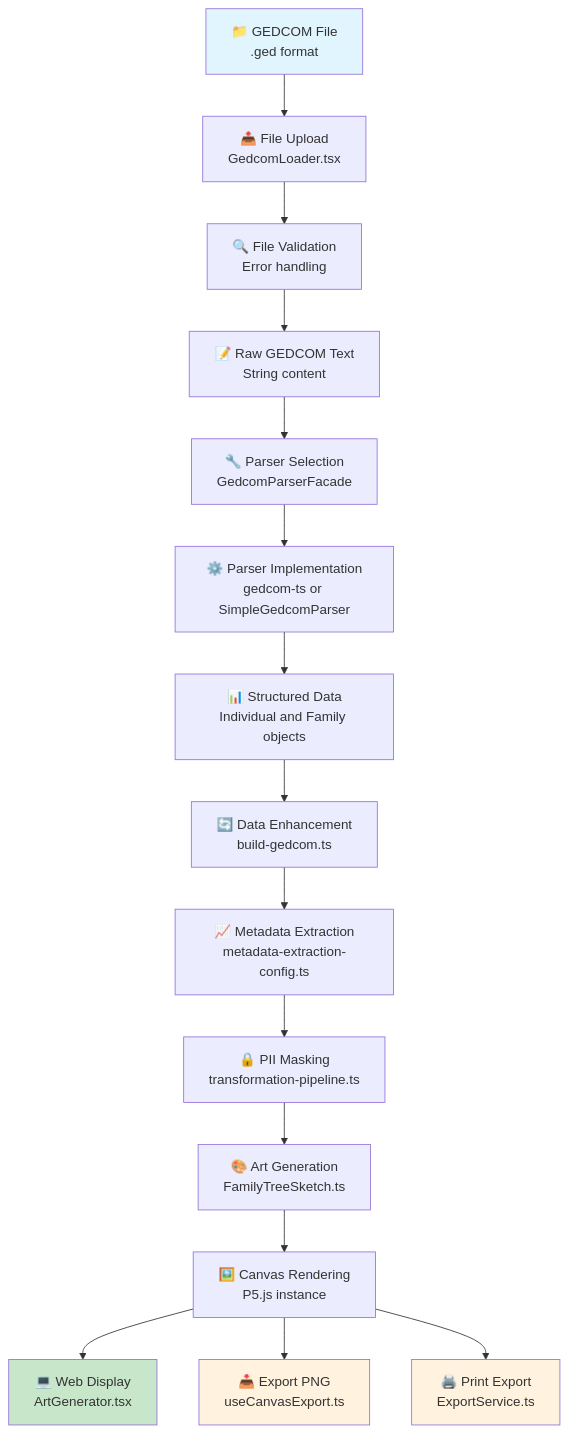
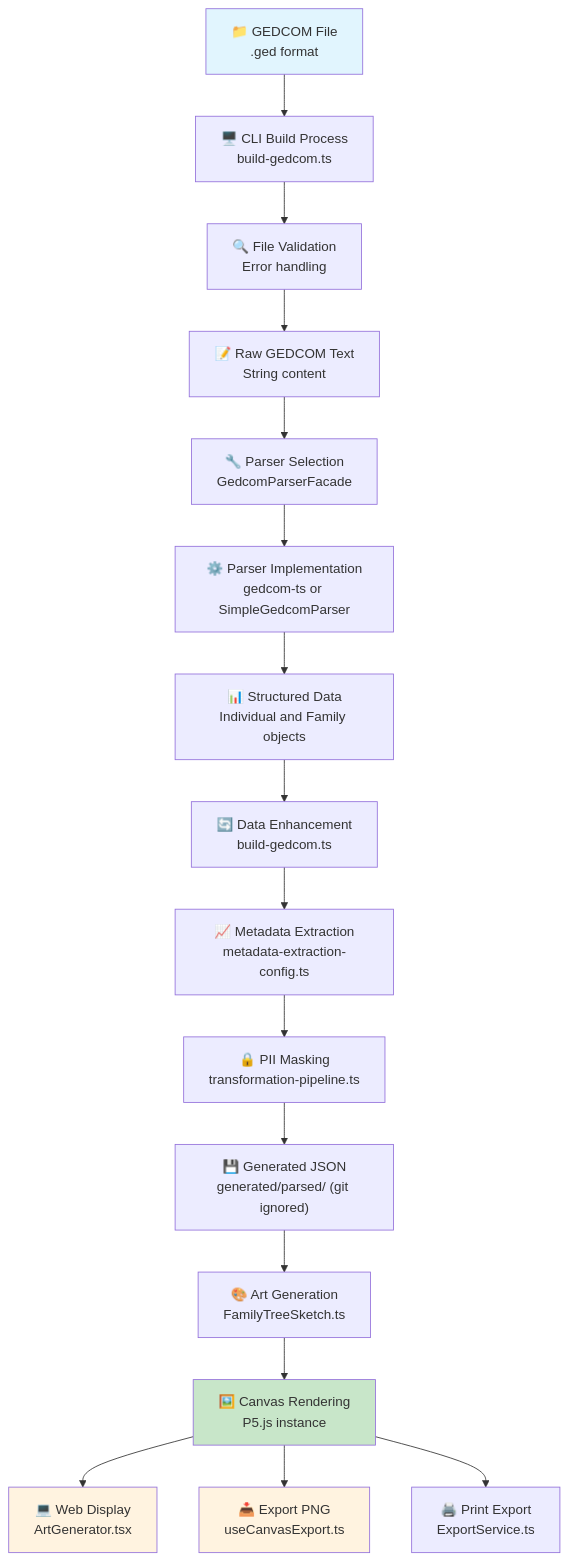
Before and after one commit to kevinmaes/generation-art: the first of 3 diagrams in docs/data-flow-diagram.md, drawn with Mermaid. The commit also changed other lines of this file and 4 other files, not shown here.

````diff
--- a/docs/data-flow-diagram.md
+++ b/docs/data-flow-diagram.md
@@ -9,22 +9,23 @@
 ```mermaid
 graph TD
-    A["📁 GEDCOM File<br/>.ged format"] --> B["📤 File Upload<br/>GedcomLoader.tsx"]
+    A["📁 GEDCOM File<br/>.ged format"] --> B["🖥️ CLI Build Process<br/>build-gedcom.ts"]
     B --> C["🔍 File Validation<br/>Error handling"]
     C --> D["📝 Raw GEDCOM Text<br/>String content"]
     D --> E["🔧 Parser Selection<br/>GedcomParserFacade"]
     E --> F["⚙️ Parser Implementation<br/>gedcom-ts or SimpleGedcomParser"]
     F --> G["📊 Structured Data<br/>Individual and Family objects"]
     G --> H["🔄 Data Enhancement<br/>build-gedcom.ts"]
     H --> I["📈 Metadata Extraction<br/>metadata-extraction-config.ts"]
     I --> J["🔒 PII Masking<br/>transformation-pipeline.ts"]
-    J --> K["🎨 Art Generation<br/>FamilyTreeSketch.ts"]
-    K --> L["🖼️ Canvas Rendering<br/>P5.js instance"]
-    L --> M["💻 Web Display<br/>ArtGenerator.tsx"]
-    L --> N["📥 Export PNG<br/>useCanvasExport.ts"]
-    L --> O["🖨️ Print Export<br/>ExportService.ts"]
+    J --> K["💾 Generated JSON<br/>generated/parsed/ (git ignored)"]
+    K --> L["🎨 Art Generation<br/>FamilyTreeSketch.ts"]
+    L --> M["🖼️ Canvas Rendering<br/>P5.js instance"]
+    M --> N["💻 Web Display<br/>ArtGenerator.tsx"]
+    M --> O["📥 Export PNG<br/>useCanvasExport.ts"]
+    M --> P["🖨️ Print Export<br/>ExportService.ts"]
 
     style A fill:#e1f5fe
     style M fill:#c8e6c9
     style N fill:#fff3e0
     style O fill:#fff3e0
 ```
````
